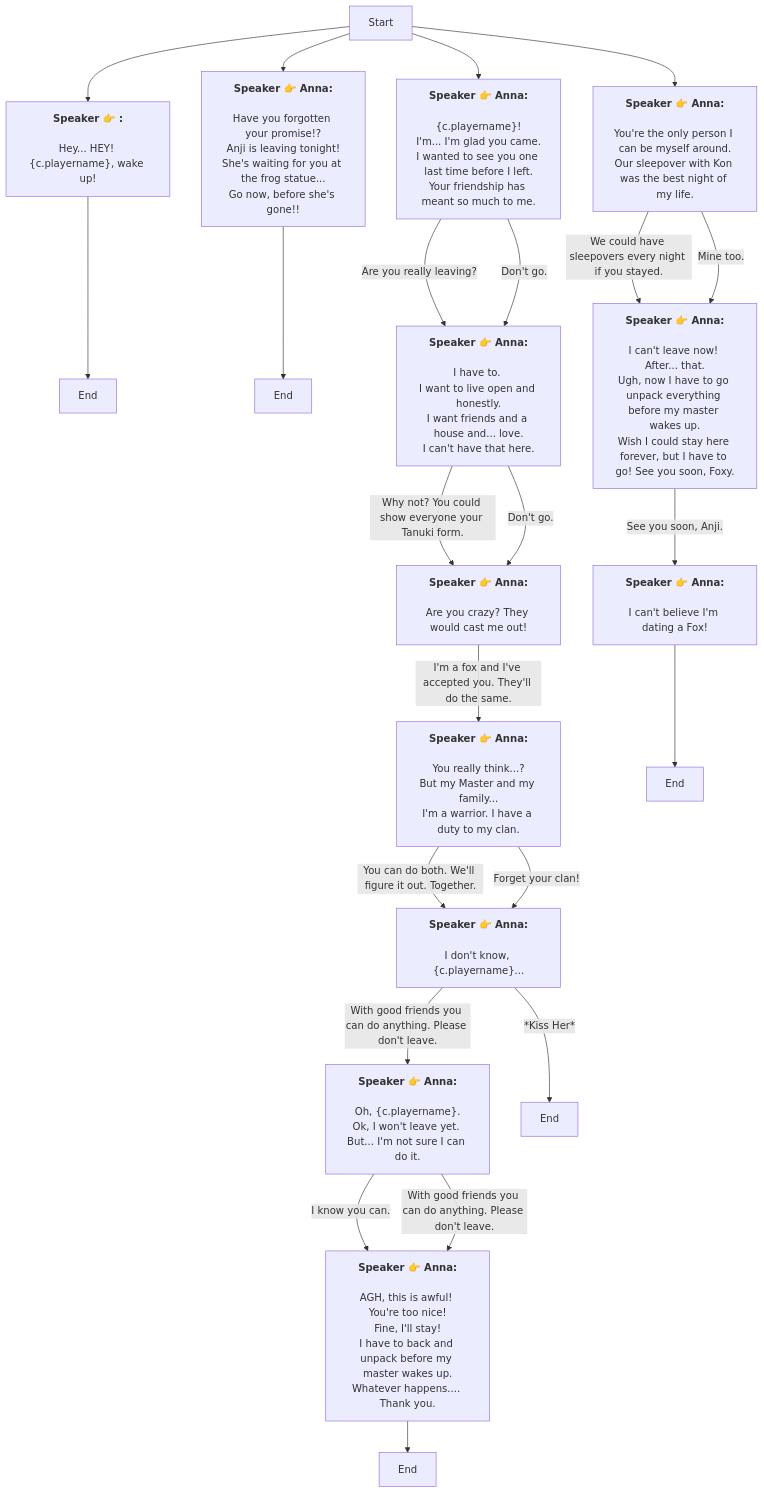
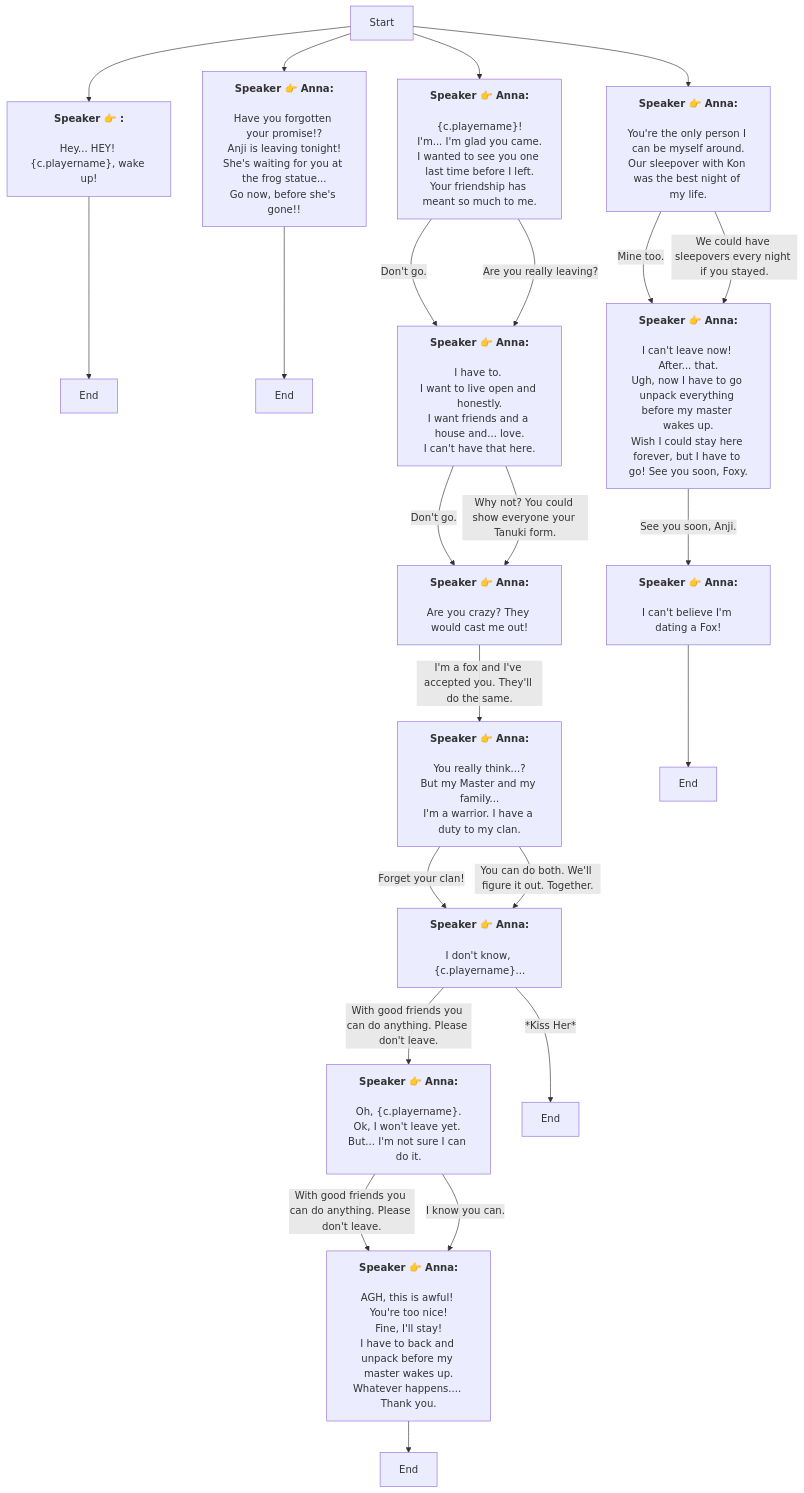
Before and after one commit to SoftHu/tos_avg: the diagram in En/heart_4_6_2_9.md, drawn with Mermaid. The commit also changed other lines of this file and 780 other files, not shown here.

````diff
--- a/En/heart_4_6_2_9.md
+++ b/En/heart_4_6_2_9.md
@@ -1,45 +1,45 @@
 ```mermaid
 graph
 Start -->1766672157337891[<b>Speaker 👉 :</b>
 \nHey... HEY! &lbrace;c.playername&rbrace;, wake up!]
 1766672157337891 -->1766681055228200[End]
 Start -->1766681208037674[<b>Speaker 👉 Anna:</b>
 \nHave you forgotten your promise!?\nAnji is leaving tonight!\nShe's waiting for you at the frog statue...\nGo now, before she's gone!!]
 1766681208037674 -->1766685341910398[End]
 Start -->1766681352883506[<b>Speaker 👉 Anna:</b>
 \n&lbrace;c.playername&rbrace;!\nI'm... I'm glad you came.\nI wanted to see you one last time before I left.\nYour friendship has meant so much to me.]
+1766681352883506 -->|Don't go.|1766686399488482[<b>Speaker 👉 Anna:</b>
+\nI have to. 
+I want to live open and honestly.\nI want friends and a house and... love.\nI can't have that here.]
 1766681352883506 -->|Are you really leaving?|1766686399488482[<b>Speaker 👉 Anna:</b>
 \nI have to. 
 I want to live open and honestly.\nI want friends and a house and... love.\nI can't have that here.]
-1766681352883506 -->|Don't go.|1766686399488482[<b>Speaker 👉 Anna:</b>
-\nI have to. 
-I want to live open and honestly.\nI want friends and a house and... love.\nI can't have that here.]
+1766686399488482 -->|Don't go.|1766686528492008[<b>Speaker 👉 Anna:</b>
+\nAre you crazy? They would cast me out!]
 1766686399488482 -->|Why not? You could show everyone your Tanuki form.|1766686528492008[<b>Speaker 👉 Anna:</b>
-\nAre you crazy? They would cast me out!]
-1766686399488482 -->|Don't go.|1766686528492008[<b>Speaker 👉 Anna:</b>
 \nAre you crazy? They would cast me out!]
 1766686528492008 -->|I'm a fox and I've accepted you. They'll do the same.|1766686621164014[<b>Speaker 👉 Anna:</b>
 \nYou really think...?\nBut my Master and my family...\nI'm a warrior. I have a duty to my clan.]
+1766686621164014 -->|Forget your clan!|1766686682965492[<b>Speaker 👉 Anna:</b>
+\nI don't know, &lbrace;c.playername&rbrace;...]
 1766686621164014 -->|You can do both. We'll figure it out. Together.|1766686682965492[<b>Speaker 👉 Anna:</b>
-\nI don't know, &lbrace;c.playername&rbrace;...]
-1766686621164014 -->|Forget your clan!|1766686682965492[<b>Speaker 👉 Anna:</b>
 \nI don't know, &lbrace;c.playername&rbrace;...]
 1766686682965492 -->|With good friends you can do anything. Please don't leave.|1766686745538043[<b>Speaker 👉 Anna:</b>
 \nOh, &lbrace;c.playername&rbrace;.\nOk, I won't leave yet. But... I'm not sure I can do it.]
 1766686682965492 -->|*Kiss Her*|1766686807014913[End]
+1766686745538043 -->|With good friends you can do anything. Please don't leave.|1766686821873154[<b>Speaker 👉 Anna:</b>
+\nAGH, this is awful! You're too nice!\nFine, I'll stay!\nI have to back and unpack before my master wakes up.\nWhatever happens.... Thank you.]
 1766686745538043 -->|I know you can.|1766686821873154[<b>Speaker 👉 Anna:</b>
-\nAGH, this is awful! You're too nice!\nFine, I'll stay!\nI have to back and unpack before my master wakes up.\nWhatever happens.... Thank you.]
-1766686745538043 -->|With good friends you can do anything. Please don't leave.|1766686821873154[<b>Speaker 👉 Anna:</b>
 \nAGH, this is awful! You're too nice!\nFine, I'll stay!\nI have to back and unpack before my master wakes up.\nWhatever happens.... Thank you.]
 1766686821873154 -->1766686858170883[End]
 Start -->1766686900719109[<b>Speaker 👉 Anna:</b>
 \nYou're the only person I can be myself around.\nOur sleepover with Kon was the best night of my life.]
+1766686900719109 -->|Mine too.|1766686953551371[<b>Speaker 👉 Anna:</b>
+\nI can't leave now! After... that.\nUgh, now I have to go unpack everything before my master wakes up.\nWish I could stay here forever, but I have to go! See you soon, Foxy.]
 1766686900719109 -->|We could have sleepovers every night if you stayed.|1766686953551371[<b>Speaker 👉 Anna:</b>
-\nI can't leave now! After... that.\nUgh, now I have to go unpack everything before my master wakes up.\nWish I could stay here forever, but I have to go! See you soon, Foxy.]
-1766686900719109 -->|Mine too.|1766686953551371[<b>Speaker 👉 Anna:</b>
 \nI can't leave now! After... that.\nUgh, now I have to go unpack everything before my master wakes up.\nWish I could stay here forever, but I have to go! See you soon, Foxy.]
 1766686953551371 -->|See you soon, Anji.|1766687001349649[<b>Speaker 👉 Anna:</b>
 \nI can't believe I'm dating a Fox!]
 1766687001349649 -->1766687019647507[End]
 
 ```
````
